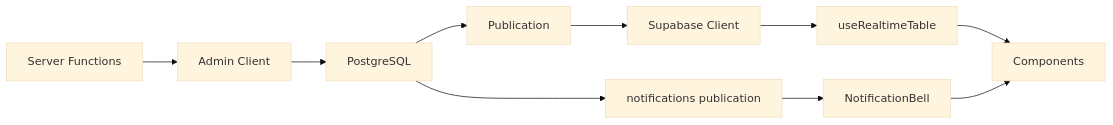
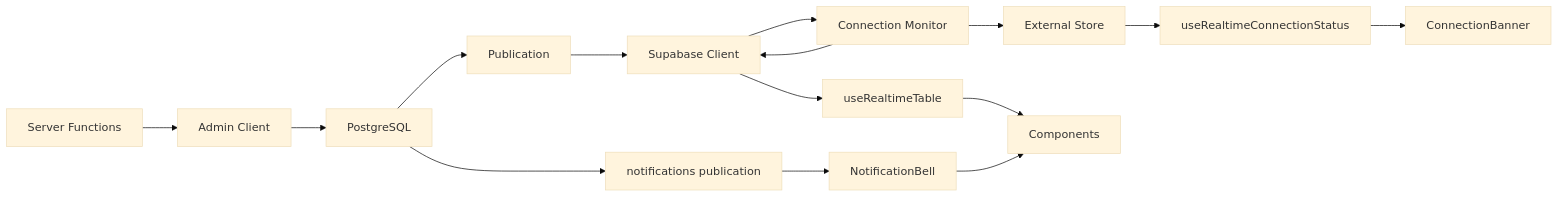
One commit to gastaldellomarco/pcReady changed diagram 11 of 11 in .qoder/repowiki/en/content/Real-time Features/Real-time Features.md. Above: the diagram before and after it, drawn with Mermaid (base theme). The commit also changed other lines of this file and 15 other files, not shown here.

````diff
--- a/.qoder/repowiki/en/content/Real-time Features/Real-time Features.md
+++ b/.qoder/repowiki/en/content/Real-time Features/Real-time Features.md
@@ -333,12 +440,17 @@
 ```mermaid
 graph LR
 DB["PostgreSQL"] --> Pub["Publication"]
 Pub --> Client["Supabase Client"]
-Client --> Hook["useRealtimeTable"]
-Hook --> UI["Components"]
+Client --> Monitor["Connection Monitor"]
+Monitor --> Store["External Store"]
+Store --> Hook["useRealtimeConnectionStatus"]
+Hook --> Banner["ConnectionBanner"]
+Client --> Hook2["useRealtimeTable"]
+Hook2 --> UI["Components"]
 DB --> NotifPub["notifications publication"]
 NotifPub --> NotifBell["NotificationBell"]
 NotifBell --> UI
 Server["Server Functions"] --> Admin["Admin Client"]
 Admin --> DB
+Monitor --> Client
 ```
````
